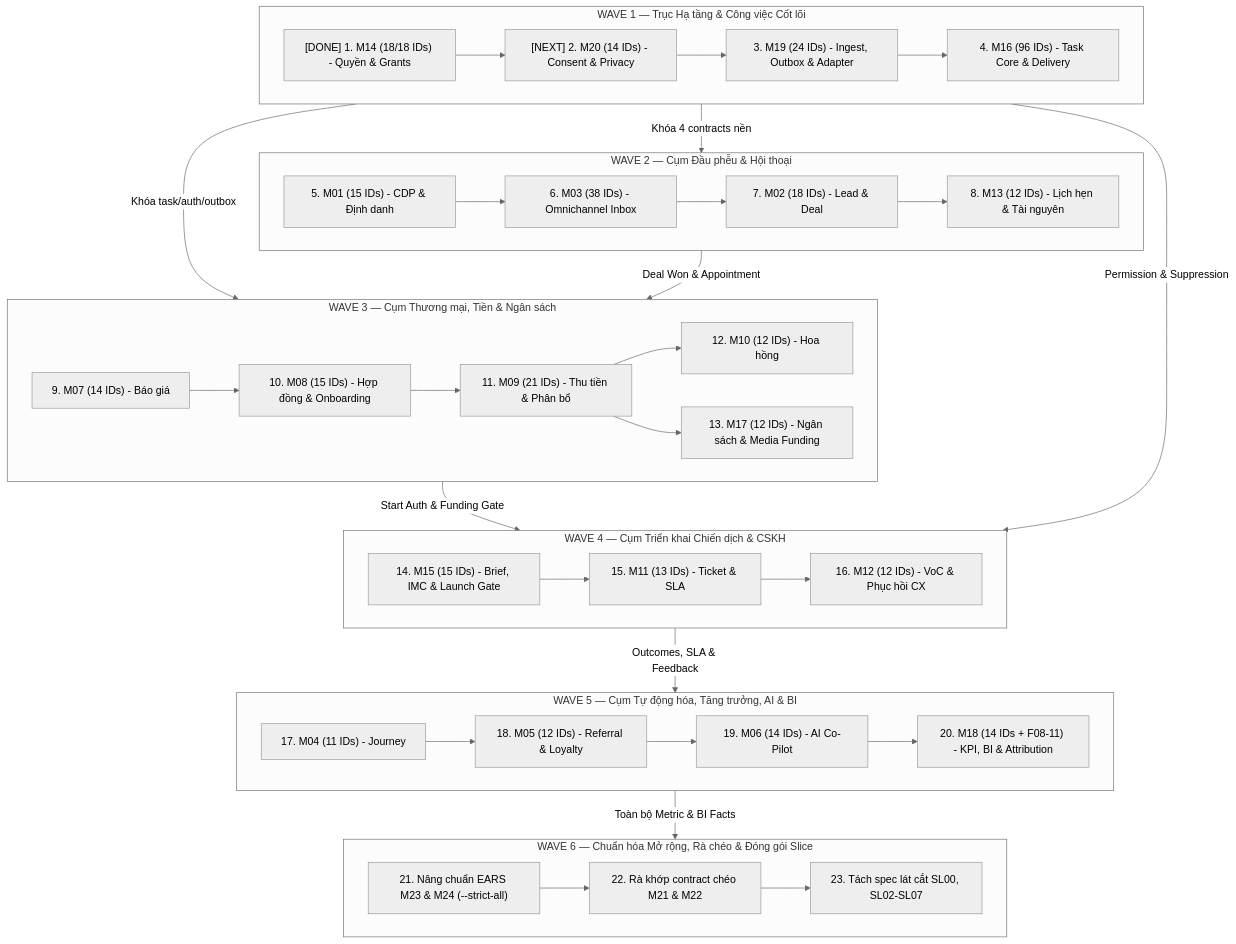
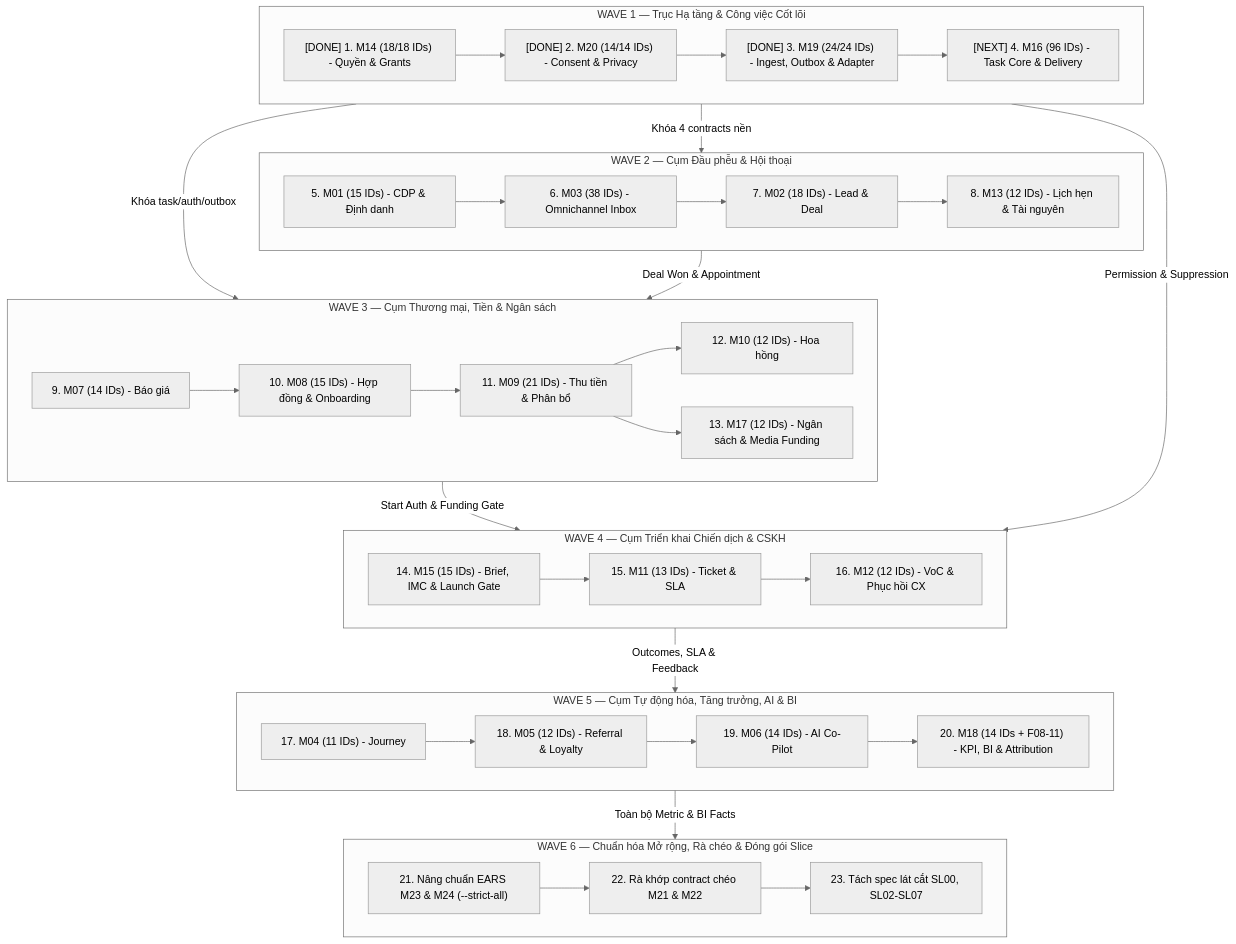
Before and after one commit to thuanmartech-dotcom/crm-marketing: the diagram in 03-planning/DECOMPOSITION-PLAN.md, drawn with Mermaid (neutral theme). The commit also changed other lines of this file and 16 other files, not shown here.

First line of the commit message:
docs(specs): complete M20 (Privacy/Consent) and M19 (Integration/Outbox) specs & contracts

````diff
--- a/03-planning/DECOMPOSITION-PLAN.md
+++ b/03-planning/DECOMPOSITION-PLAN.md
@@ -23,51 +23,51 @@
 ```mermaid
 flowchart TB
   subgraph W1["WAVE 1 — Trục Hạ tầng & Công việc Cốt lõi"]
     direction LR
-    M14["[DONE] 1. M14 (18/18 IDs) - Quyền & Grants"] --> M20["[NEXT] 2. M20 (14 IDs) - Consent & Privacy"]
-    M20 --> M19["3. M19 (24 IDs) - Ingest, Outbox & Adapter"]
-    M19 --> M16["4. M16 (96 IDs) - Task Core & Delivery"]
+    M14["[DONE] 1. M14 (18/18 IDs) - Quyền & Grants"] --> M20["[DONE] 2. M20 (14/14 IDs) - Consent & Privacy"]
+    M20 --> M19["[DONE] 3. M19 (24/24 IDs) - Ingest, Outbox & Adapter"]
+    M19 --> M16["[NEXT] 4. M16 (96 IDs) - Task Core & Delivery"]
   end
 
   subgraph W2["WAVE 2 — Cụm Đầu phễu & Hội thoại"]
     direction LR
     M01["5. M01 (15 IDs) - CDP & Định danh"] --> M03["6. M03 (38 IDs) - Omnichannel Inbox"]
     M03 --> M02["7. M02 (18 IDs) - Lead & Deal"]
     M02 --> M13["8. M13 (12 IDs) - Lịch hẹn & Tài nguyên"]
   end
 
   subgraph W3["WAVE 3 — Cụm Thương mại, Tiền & Ngân sách"]
     direction LR
     M07["9. M07 (14 IDs) - Báo giá"] --> M08["10. M08 (15 IDs) - Hợp đồng & Onboarding"]
     M08 --> M09["11. M09 (21 IDs) - Thu tiền & Phân bổ"]
     M09 --> M10["12. M10 (12 IDs) - Hoa hồng"]
     M09 --> M17["13. M17 (12 IDs) - Ngân sách & Media Funding"]
   end
 
   subgraph W4["WAVE 4 — Cụm Triển khai Chiến dịch & CSKH"]
     direction LR
     M15["14. M15 (15 IDs) - Brief, IMC & Launch Gate"] --> M11["15. M11 (13 IDs) - Ticket & SLA"]
     M11 --> M12["16. M12 (12 IDs) - VoC & Phục hồi CX"]
   end
 
   subgraph W5["WAVE 5 — Cụm Tự động hóa, Tăng trưởng, AI & BI"]
     direction LR
     M04["17. M04 (11 IDs) - Journey"] --> M05["18. M05 (12 IDs) - Referral & Loyalty"]
     M05 --> M06["19. M06 (14 IDs) - AI Co-Pilot"]
     M06 --> M18["20. M18 (14 IDs + F08-11) - KPI, BI & Attribution"]
   end
 
   subgraph W6["WAVE 6 — Chuẩn hóa Mở rộng, Rà chéo & Đóng gói Slice"]
     direction LR
     M2324["21. Nâng chuẩn EARS M23 & M24 (--strict-all)"] --> M2122["22. Rà khớp contract chéo M21 & M22"]
     M2122 --> SLICES["23. Tách spec lát cắt SL00, SL02-SL07"]
   end
 
   W1 -->|"Khóa 4 contracts nền"| W2
   W1 -->|"Khóa task/auth/outbox"| W3
   W2 -->|"Deal Won & Appointment"| W3
   W3 -->|"Start Auth & Funding Gate"| W4
   W1 -->|"Permission & Suppression"| W4
   W4 -->|"Outcomes, SLA & Feedback"| W5
   W5 -->|"Toàn bộ Metric & BI Facts"| W6
 ```
````
